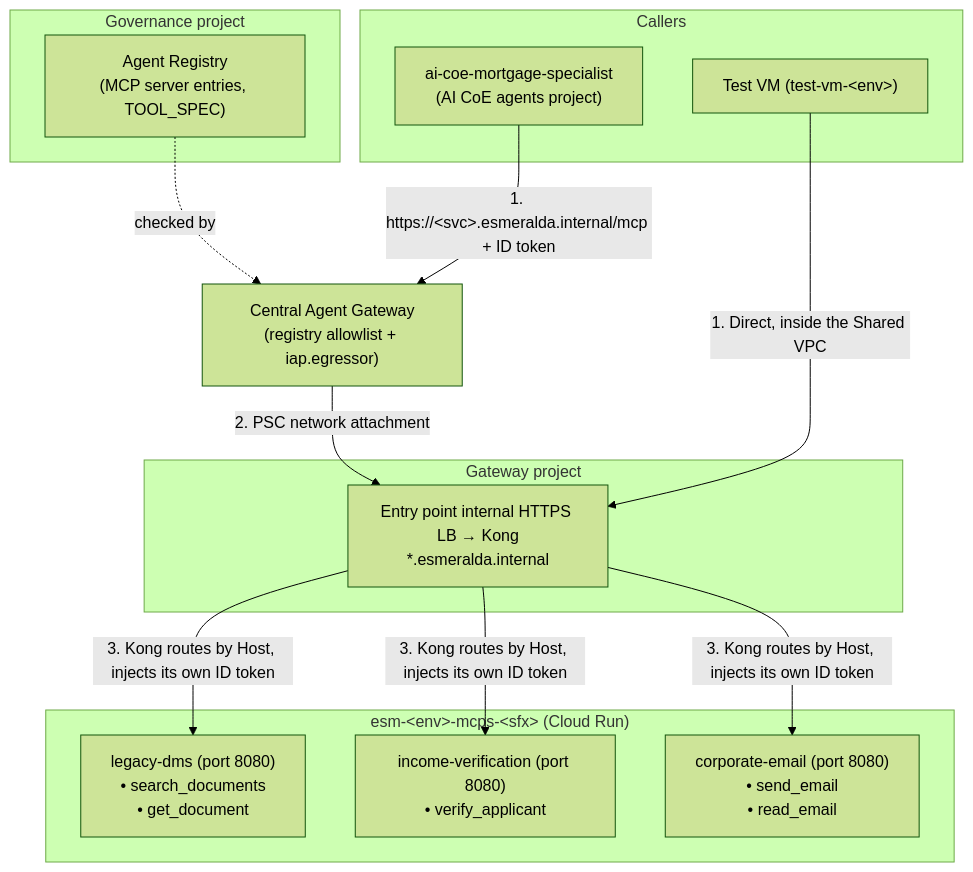
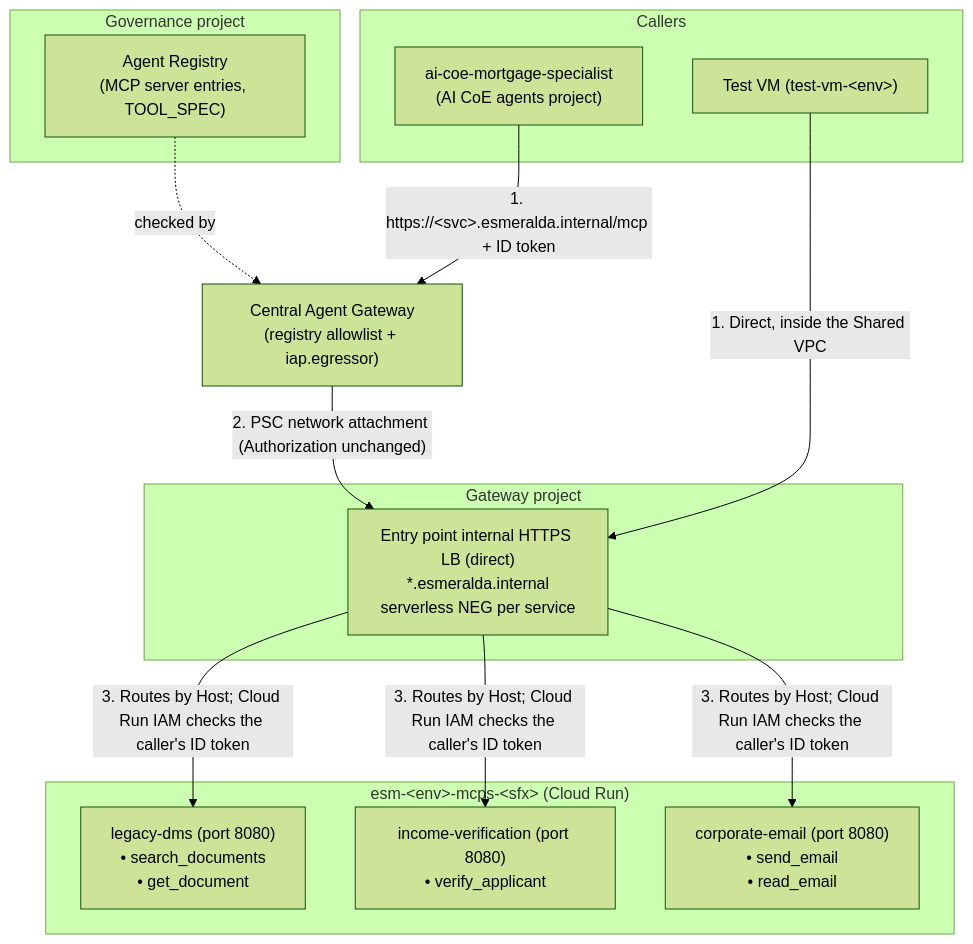
The diagram in docs/src/2-workloads-and-catalog/02-mcp-tool-servers.md (google/esmeralda), drawn with Mermaid (forest theme) before and after one commit. The commit also changed other lines of this file and 93 other files, not shown here.

Commit message:
feat(gateway): built-in direct backend by default, service catalog, and remove Kong

````diff
--- a/docs/src/2-workloads-and-catalog/02-mcp-tool-servers.md
+++ b/docs/src/2-workloads-and-catalog/02-mcp-tool-servers.md
@@ -46,29 +46,29 @@
 ```mermaid
 flowchart TD
     subgraph Clients["Callers"]
         A2AAgent["ai-coe-mortgage-specialist<br/>(AI CoE agents project)"]
         TestVM["Test VM (test-vm-#60;env#62;)"]
     end
 
     AGW["Central Agent Gateway<br/>(registry allowlist + iap.egressor)"]
 
     subgraph Gateway["Gateway project"]
-        ILB["Entry point internal HTTPS LB → Kong<br/>*.esmeralda.internal"]
+        ILB["Entry point internal HTTPS LB (direct)<br/>*.esmeralda.internal<br/>serverless NEG per service"]
     end
 
     subgraph Tools["esm-#60;env#62;-mcps-#60;sfx#62; (Cloud Run)"]
         DMS["legacy-dms (port 8080)<br/>• search_documents<br/>• get_document"]
         Income["income-verification (port 8080)<br/>• verify_applicant"]
         Email["corporate-email (port 8080)<br/>• send_email<br/>• read_email"]
     end
 
     subgraph Catalog["Governance project"]
         Registry["Agent Registry<br/>(MCP server entries, TOOL_SPEC)"]
     end
 
     A2AAgent -->|"1. https://#60;svc#62;.esmeralda.internal/mcp + ID token"| AGW
-    AGW -->|2. PSC network attachment| ILB
+    AGW -->|"2. PSC network attachment (Authorization unchanged)"| ILB
     TestVM -->|1. Direct, inside the Shared VPC| ILB
-    ILB -->|"3. Kong routes by Host, injects its own ID token"| DMS & Income & Email
+    ILB -->|"3. Routes by Host; Cloud Run IAM checks the caller's ID token"| DMS & Income & Email
     Registry -.->|checked by| AGW
 ```
````
